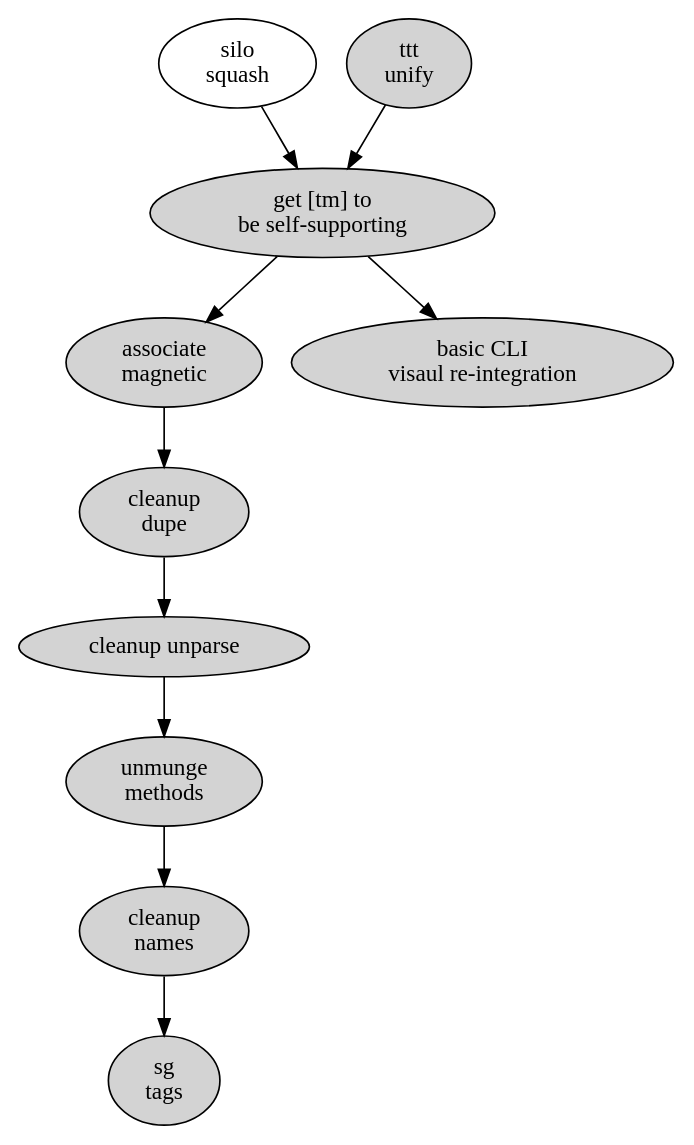
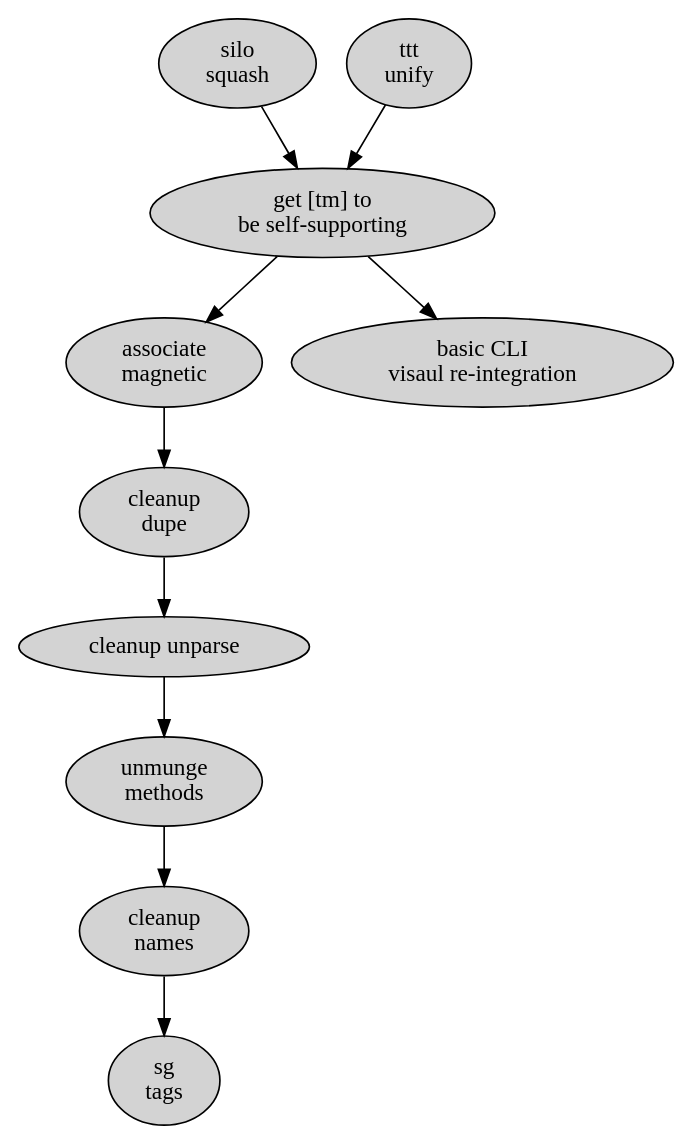
The diagram in lib/skylab/tan-man/doc/the-big-picture-of-now.dot (hipe/tmx), drawn with Graphviz before and after one commit. The commit also changed 46 other files, not shown here.

```diff
--- a/lib/skylab/tan-man/doc/the-big-picture-of-now.dot
+++ b/lib/skylab/tan-man/doc/the-big-picture-of-now.dot
@@ -1,26 +1,26 @@
 digraph{
 
   # blue: fillcolor="#b5d5fb" style=filled
   # done: style=filled
 
   am [ label="associate\nmagnetic" style=filled ]
   cd [ label="cleanup\ndupe" style=filled ]
   cv [ label="basic CLI\nvisaul re-integration" style=filled ]
   cn [ label="cleanup\nnames" style=filled ]
-  si [ label="silo\nsquash" ]
+  si [ label="silo\nsquash" , style=filled]
   ss [ label="get [tm] to\nbe self-supporting", style=filled]
   st [ label="sg\ntags" style=filled ]
   tu [ label="ttt\nunify" , style=filled]
   um [ label="unmunge\nmethods" style=filled ]
   up [ label="cleanup unparse" style=filled ]
 
   am -> cd
   cd -> up
   cn -> st
   si -> ss
   ss -> cv
   ss -> am
   tu -> ss
   um -> cn
   up -> um
 }
```
